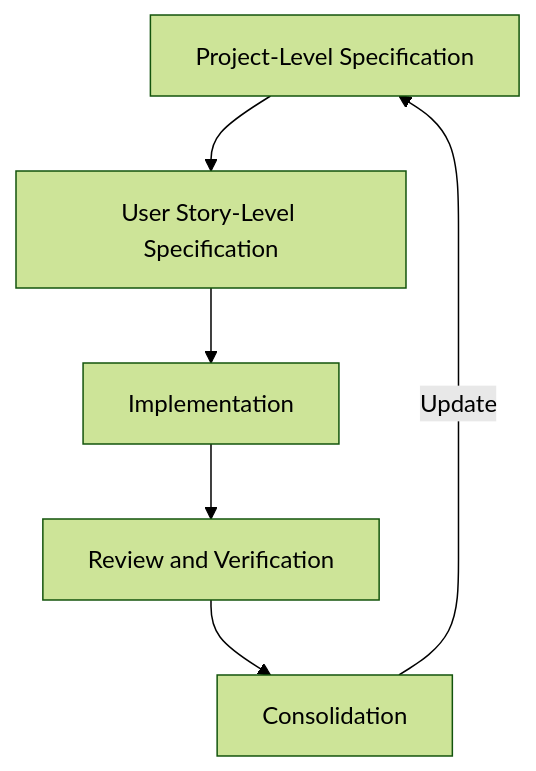
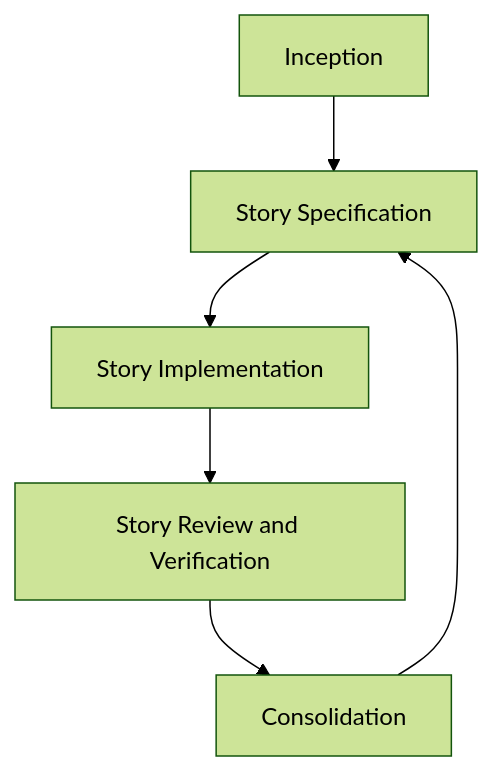
One commit to mtov/AgileSpec changed the fifth of 7 diagrams in README.md. Above: the diagram before and after it, drawn with Mermaid (forest theme). The commit also changed other lines of this file, not shown here.

Commit message:
Refine AgileSpec terminology and story workflow

````diff
--- a/README.md
+++ b/README.md
@@ -209,14 +214,14 @@
 ```mermaid
 flowchart TD
-    A["Project-Level Specification"]
-    B["User Story-Level Specification"]
-    C["Implementation"]
-    D["Review and Verification"]
+    A["Inception"]
+    B["Story Specification"]
+    C["Story Implementation"]
+    D["Story Review and Verification"]
     E["Consolidation"]
 
     A --> B
     B --> C
     C --> D
     D --> E
-    E -->|Update| A
+    E --> B
 ```
````
